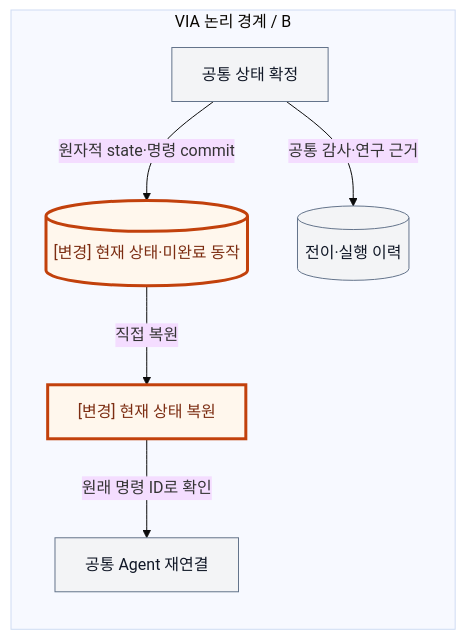
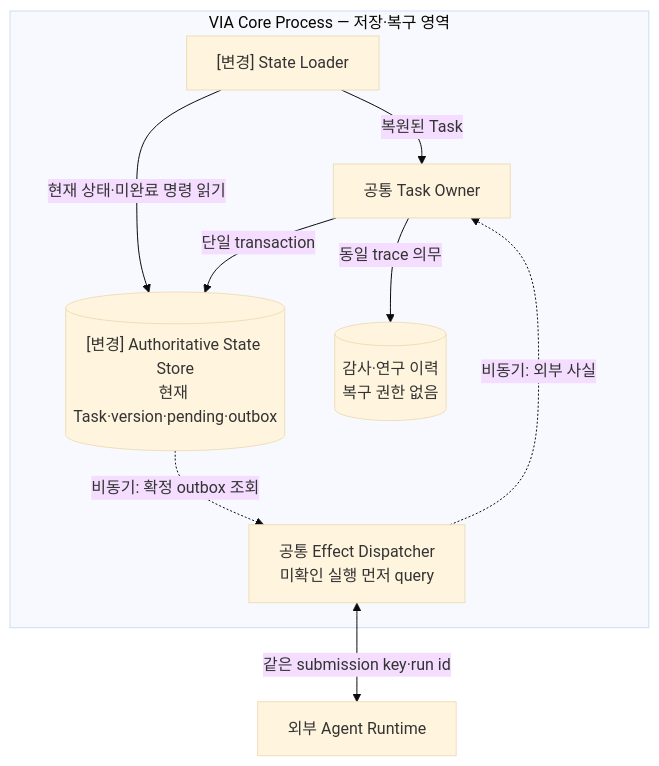
One commit to cbyche/via-sw-architecture changed the third of 4 diagrams in docs/architecture/12-decisions/via-dp-08-recovery-source.md. Above: the diagram before and after it, drawn with Mermaid (base theme). The commit also changed other lines of this file and 59 other files, not shown here.

Commit message:
docs: consolidate comprehensive VIA decision inventory and implementation diagrams

````diff
--- a/docs/architecture/12-decisions/via-dp-08-recovery-source.md
+++ b/docs/architecture/12-decisions/via-dp-08-recovery-source.md
@@ -71,15 +83,12 @@
 ```mermaid
 flowchart TB
- subgraph V["VIA 논리 경계 / B"]
- direction TB
- C["공통 상태 확정"] -->|원자적 state·명령 commit| S[("[변경] 현재 상태·미완료 동작")]
- C -->|공통 감사·연구 근거| E[("전이·실행 이력")]
- S -->|직접 복원| R["[변경] 현재 상태 복원"]
- R -->|원래 명령 ID로 확인| O["공통 Agent 재연결"]
+ subgraph V["VIA Core Process — 저장·복구 영역"]
+ T["공통 Task Owner"] -->|"단일 transaction"| S[("[변경] Authoritative State Store<br/>현재 Task·version·pending·outbox")]
+ T -->|"동일 trace 의무"| E[("감사·연구 이력<br/>복구 권한 없음")]
+ R["[변경] State Loader"] -->|"현재 상태·미완료 명령 읽기"| S
+ R -->|"복원된 Task"| T
+ S -.->|"비동기: 확정 outbox 조회"| D["공통 Effect Dispatcher<br/>미확인 실행 먼저 query"]
+ D -.->|"비동기: 외부 사실"| T
  end
-
-classDef common fill:#F3F4F6,stroke:#64748B,color:#111827;
-classDef change fill:#FFF7ED,stroke:#C2410C,stroke-width:3px,color:#7C2D12;
-class C,E,O common;
-class S,R change;
+ D <-->|"같은 submission key·run id"| A["외부 Agent Runtime"]
 ```
````
